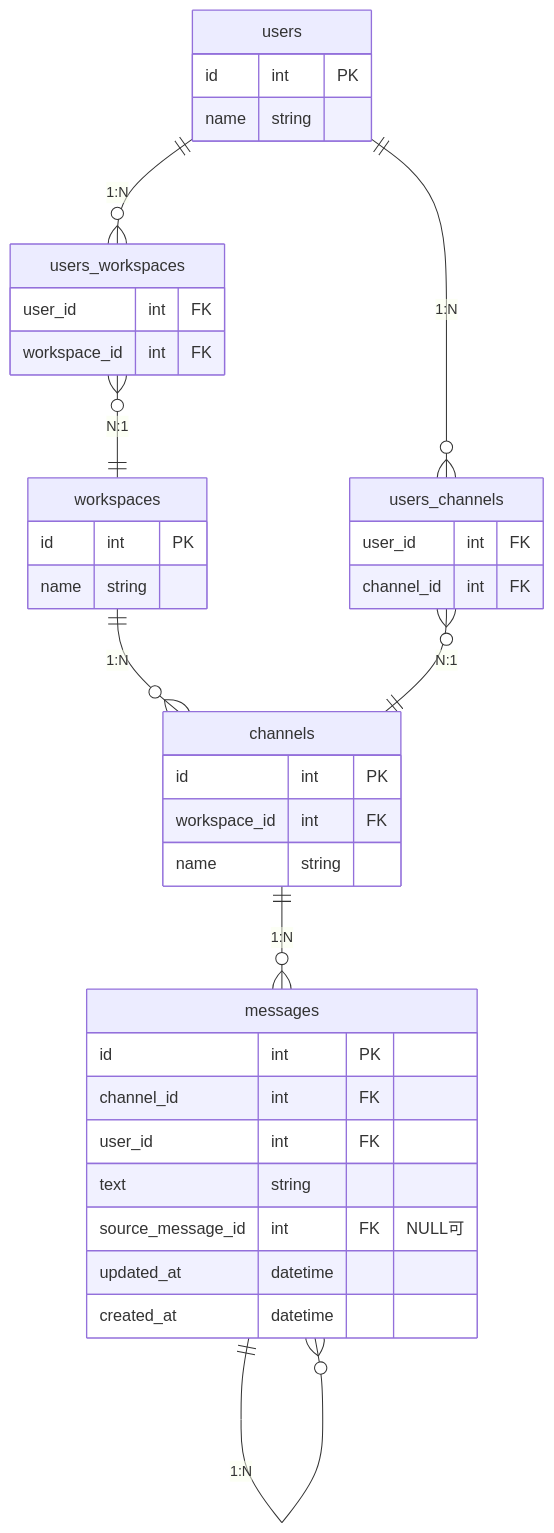
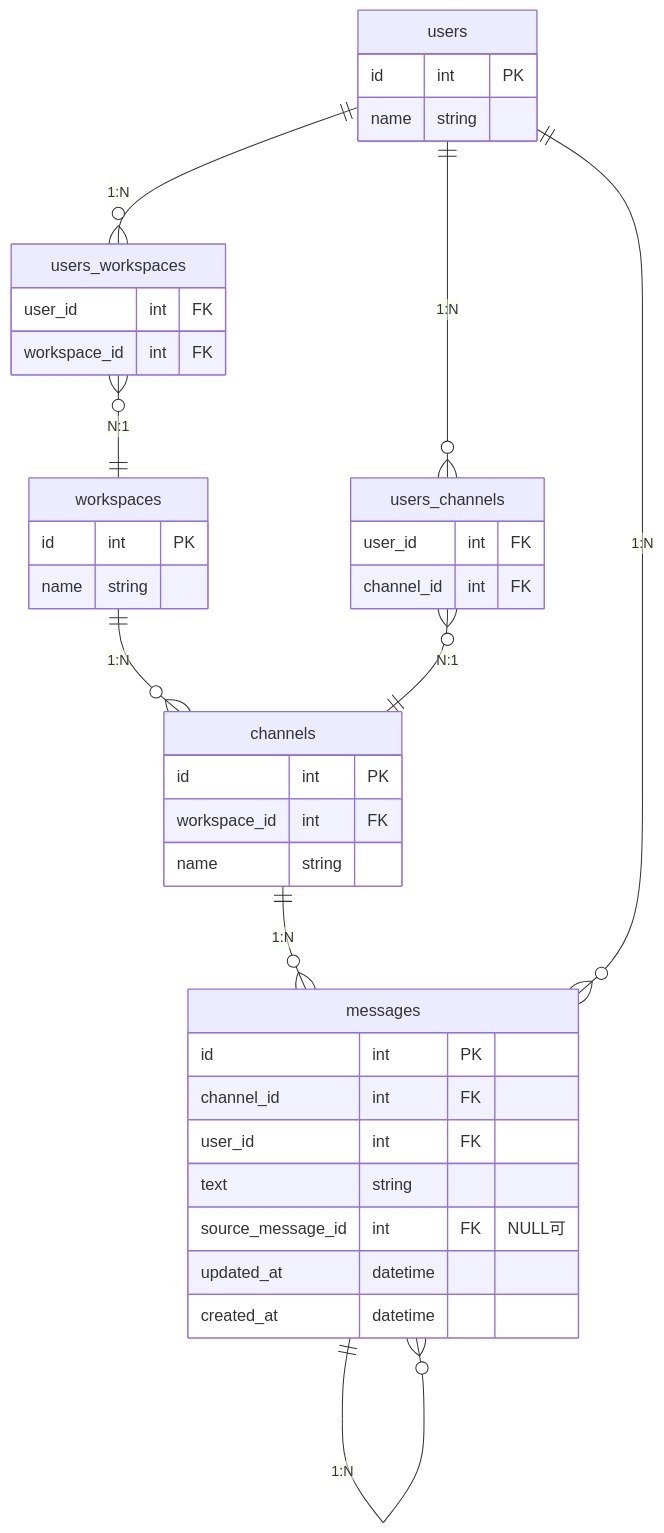
One commit to HitoroOhria/praha-challenge changed the diagram in db/db-modeling-2/README.md. Above: the diagram before and after it, drawn with Mermaid.

Commit message:
ユーザーとメッセージの関係を追加

````diff
--- a/db/db-modeling-2/README.md
+++ b/db/db-modeling-2/README.md
@@ -9,47 +9,48 @@
 ```mermaid
 erDiagram
 
 users ||--o{ users_workspaces : "1:N"
 users ||--o{ users_channels : "1:N"
 users {
     id int PK
     name string 
 }
 
 users_workspaces }o--|| workspaces : "N:1"
 users_workspaces {
     user_id int FK
     workspace_id int FK
 }
 
 workspaces ||--o{ channels : "1:N"
 workspaces {
     id int PK
     name string
 }
 
 users_channels }o--|| channels : "N:1"
 users_channels {
     user_id int FK
     channel_id int FK
 }
 
 channels ||--o{ messages : "1:N"
 channels {
     id int PK
     workspace_id int FK
     name string
 }
 
+users ||--o{ messages : "1:N"
 messages ||--o{ messages : "1:N"
 messages {
     id int PK
     channel_id int FK
     user_id int FK
     text string
     source_message_id int FK "NULL可"
     updated_at datetime
     created_at datetime
 }
 
 ```
````
